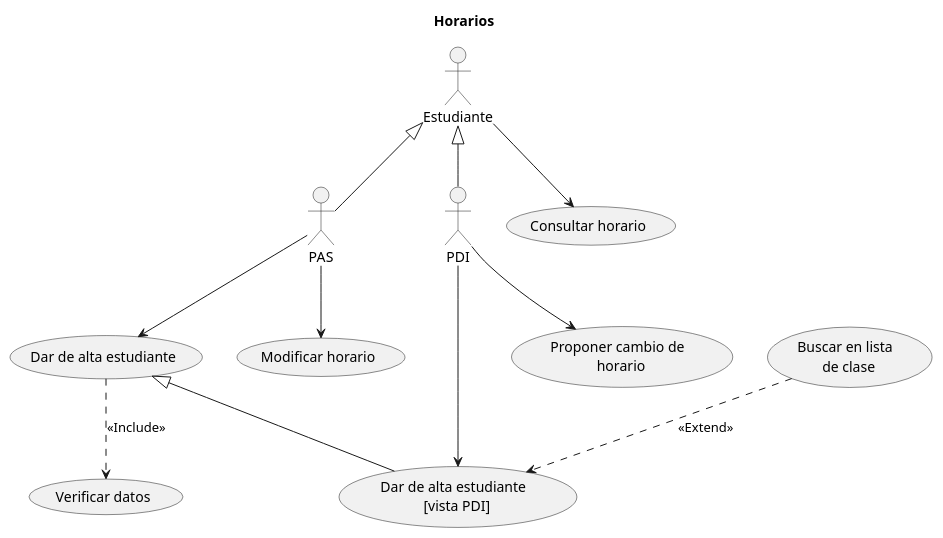
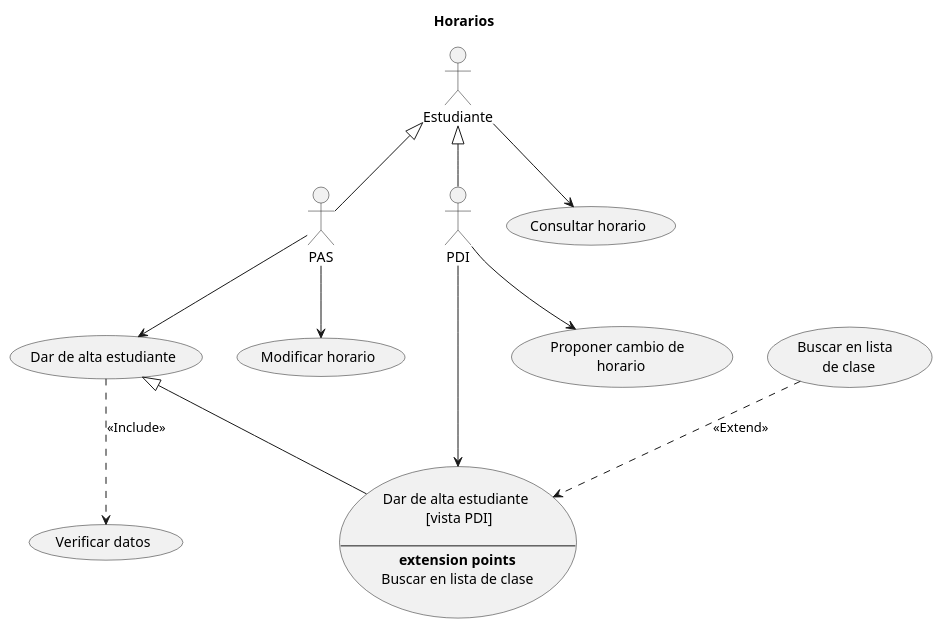
The diagram in LAB0/src/horarios.puml (emg842/INRE-UAL-ROJO-2022), drawn with PlantUML before and after one commit. The commit also changed 12 other files, not shown here.

Commit message:
Correccion extension points lab0

```diff
--- a/LAB0/src/horarios.puml
+++ b/LAB0/src/horarios.puml
@@ -1,30 +1,34 @@
 @startuml horarios
 title Horarios
 
 :Estudiante: as A1
 :PAS: as A2
 :PDI: as A3
 
 (Buscar en lista \n de clase) as UC1
 (Consultar horario) as UC2
 (Dar de alta estudiante) as UC3
-(Dar de alta estudiante \n [vista PDI]) as UC4
+usecase UC4 as "Dar de alta estudiante \n [vista PDI]
+
+--
+**extension points**
+Buscar en lista de clase"
 (Modificar horario) as UC5
 (Proponer cambio de \n horario) as UC6
 (Verificar datos) as UC7
 
 A1 --> UC2
 A2 --> UC3
 A2 --> UC5
 A3 --> UC4
 A3 --> UC6
 
 A1 <|-- A2
 A1 <|-- A3
 UC3 <|-- UC4
 
 UC1 ..> UC4 : <<Extend>>
 
 UC3 ..> UC7 : <<Include>>
 
 @enduml
```
